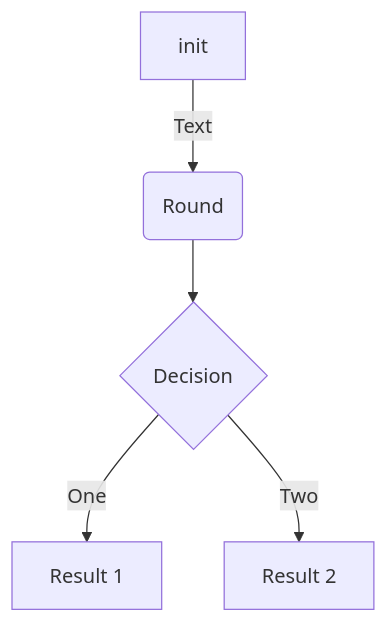
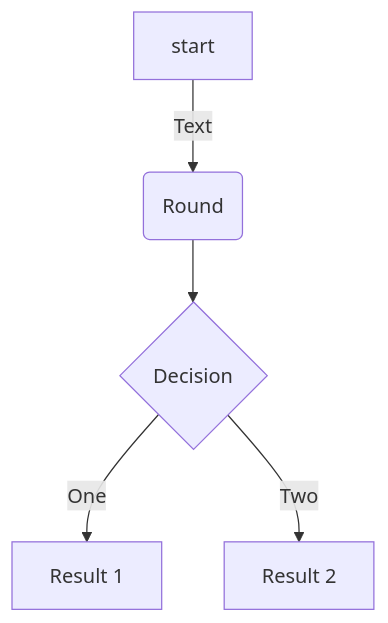
One commit to edithturn/elementary-readme changed the second of 4 diagrams in README.md. Above: the diagram before and after it, drawn with Mermaid. The commit also changed other lines of this file, not shown here.

Commit message:
mermaid fix

````diff
--- a/README.md
+++ b/README.md
@@ -149,7 +113,7 @@
 ```mermaid
 flowchart TD
-A[init]-->|Text| B(Round)
+A[start]-->|Text| B(Round)
 B-->C{Decision}
 C-->|One| D[Result 1]
 C-->|Two| E[Result 2]
 ```
````
